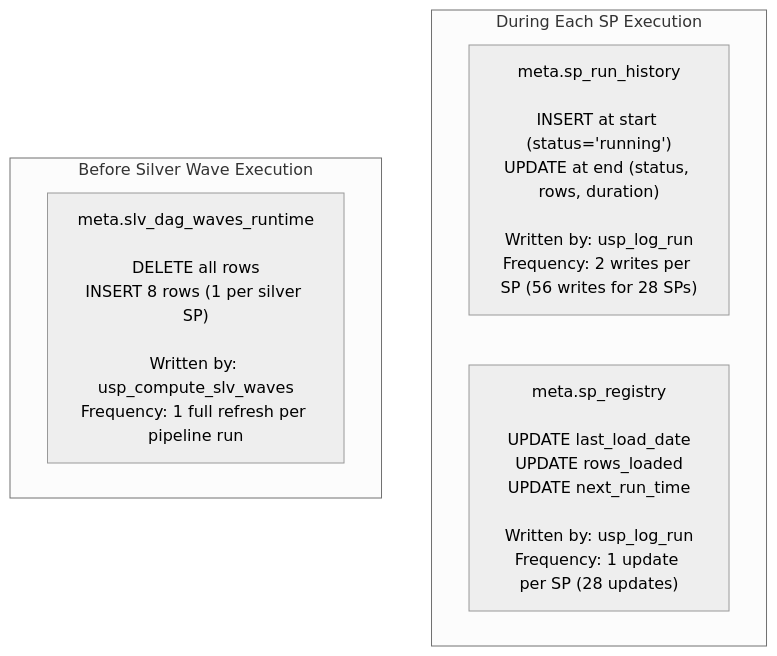
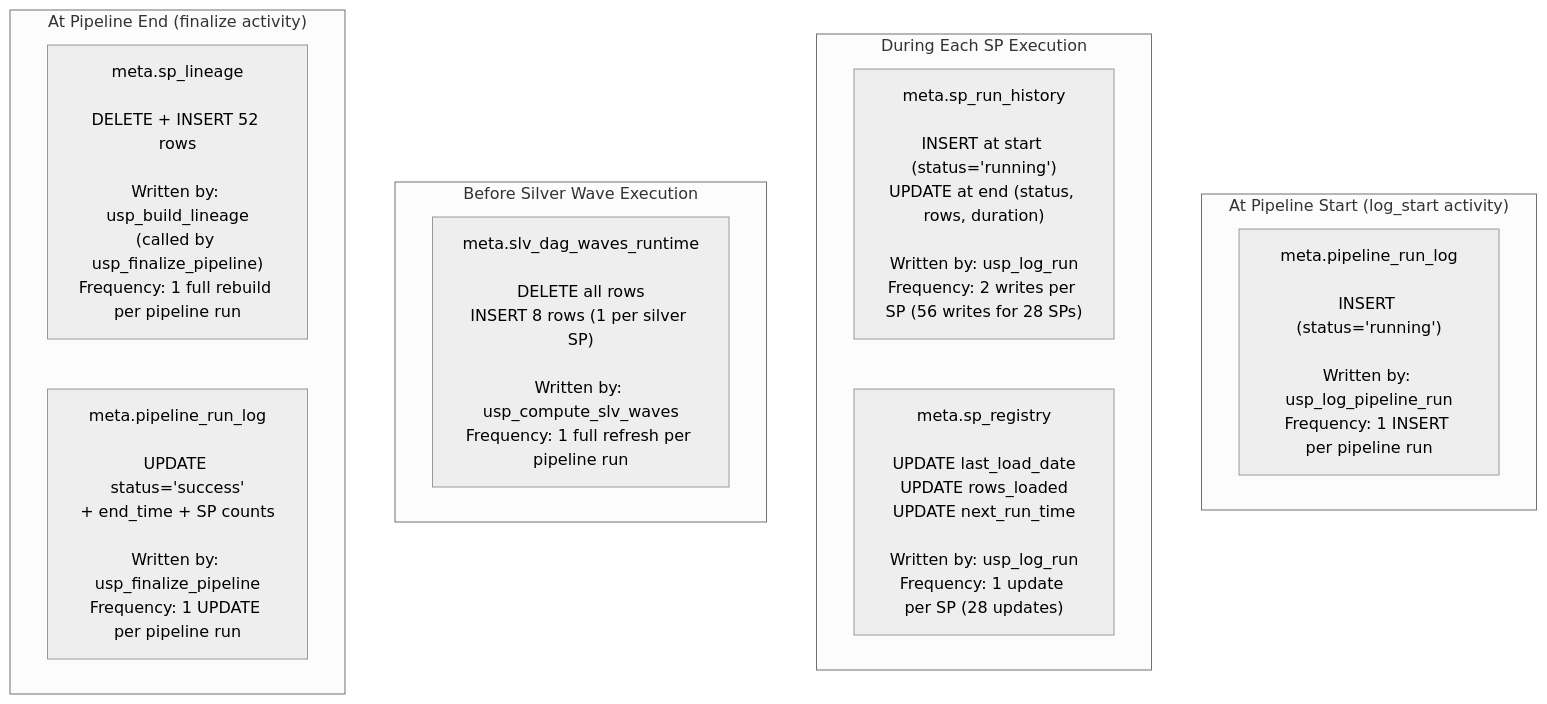
Before and after one commit to ankinguyen-engineer-2002/Fabric-v9-Warehouse-Medallion: the eighth of 11 diagrams in v9_pipeline_supplychain.md, drawn with Mermaid (neutral theme). The commit also changed other lines of this file and 2 other files, not shown here.

````diff
--- a/v9_pipeline_supplychain.md
+++ b/v9_pipeline_supplychain.md
@@ -357,11 +361,20 @@
 ```mermaid
 flowchart TD
+    subgraph AtStart["At Pipeline Start (log_start activity)"]
+        PRL_S["meta.pipeline_run_log\n\nINSERT (status='running')\n\nWritten by: usp_log_pipeline_run\nFrequency: 1 INSERT per pipeline run"]
+    end
+
     subgraph During["During Each SP Execution"]
         RH["meta.sp_run_history\n\nINSERT at start (status='running')\nUPDATE at end (status, rows, duration)\n\nWritten by: usp_log_run\nFrequency: 2 writes per SP (56 writes for 28 SPs)"]
         SR["meta.sp_registry\n\nUPDATE last_load_date\nUPDATE rows_loaded\nUPDATE next_run_time\n\nWritten by: usp_log_run\nFrequency: 1 update per SP (28 updates)"]
     end
 
     subgraph BeforeSilver["Before Silver Wave Execution"]
         DW["meta.slv_dag_waves_runtime\n\nDELETE all rows\nINSERT 8 rows (1 per silver SP)\n\nWritten by: usp_compute_slv_waves\nFrequency: 1 full refresh per pipeline run"]
     end
+
+    subgraph AtEnd["At Pipeline End (finalize activity)"]
+        LIN["meta.sp_lineage\n\nDELETE + INSERT 52 rows\n\nWritten by: usp_build_lineage\n(called by usp_finalize_pipeline)\nFrequency: 1 full rebuild per pipeline run"]
+        PRL_E["meta.pipeline_run_log\n\nUPDATE status='success'\n+ end_time + SP counts\n\nWritten by: usp_finalize_pipeline\nFrequency: 1 UPDATE per pipeline run"]
+    end
 ```
````
